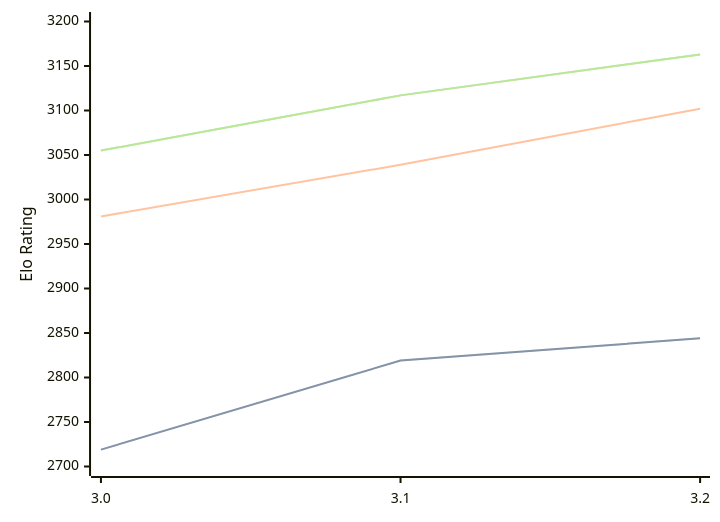
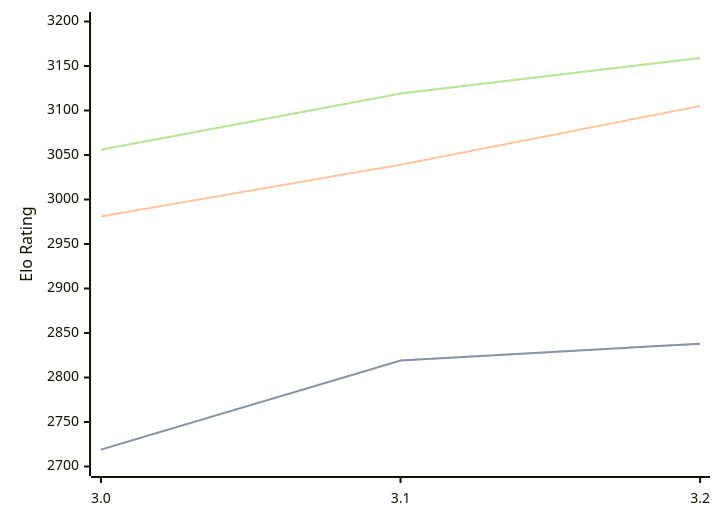
Before and after one commit to computer-chess-index/cci: the diagram in engines/Vajolet2.md, drawn with Mermaid. The commit also changed other lines of this file, not shown here.

Commit message:
Update CCI Ratings (ELO VLTC) - 2026-05-22

````diff
--- a/engines/Vajolet2.md
+++ b/engines/Vajolet2.md
@@ -41,11 +41,11 @@
 ```mermaid
 %%{init: {"theme":"base","themeVariables":{"seriesColors:['#a3a3a3','#222221','#faa371']}}}%%
 xychart-beta
   x-axis ["3.0", "3.1", "3.2"]
   y-axis "Elo Rating" 2700 --> 3200
-  line "STC (8.0+0.08s)" [2719, 2819, 2844]
-  line "STC (8.0+0.08s)" [2719, 2819, 2844]
-  line "LTC (60.0+0.60s)" [2981, 3039, 3102]
-  line "VLTC (2m24s+1.12s)" [3055, 3117, 3163]
-  line "VLTC (2m24s+1.12s)" [3055, 3117, 3163]
+  line "STC (8.0+0.08s)" [2719, 2819, 2838]
+  line "STC (8.0+0.08s)" [2719, 2819, 2838]
+  line "LTC (60.0+0.60s)" [2981, 3039, 3105]
+  line "VLTC (2m24s+1.12s)" [3056, 3119, 3159]
+  line "VLTC (2m24s+1.12s)" [3056, 3119, 3159]
 ```
````
